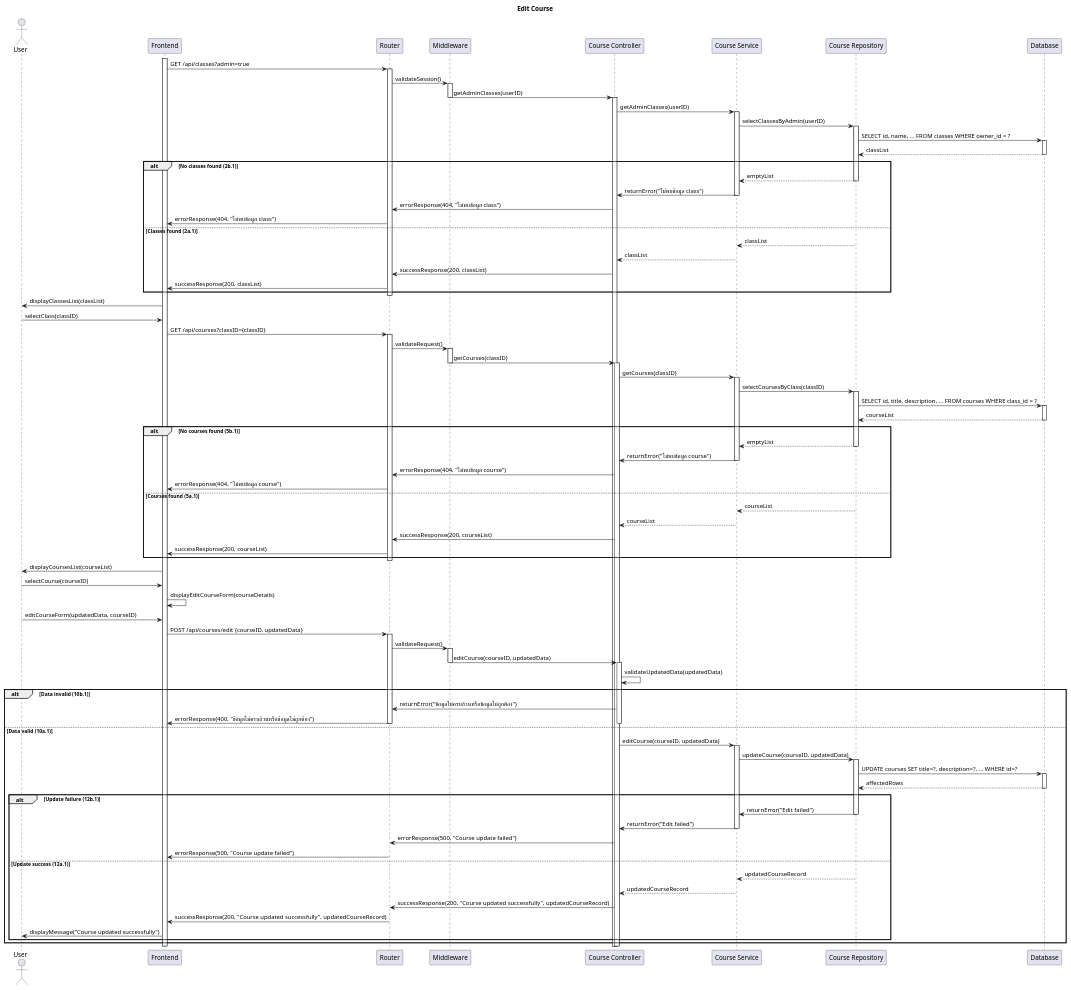
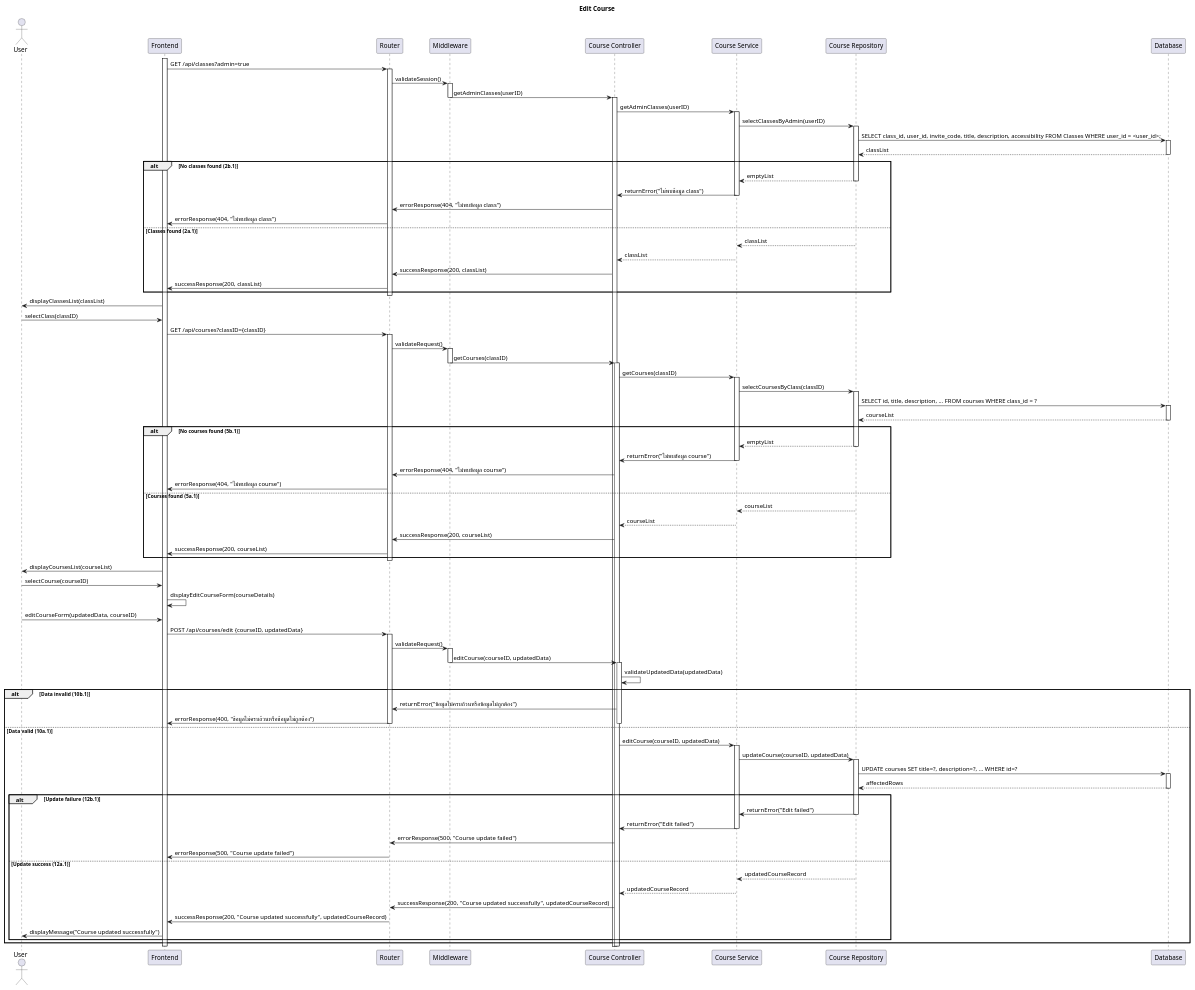
The diagram in SD-Edit-Course.puml (CS371-Project-Management/CS371-Sequence-Diagram), drawn with PlantUML before and after one commit. The commit also changed 10 other files, not shown here.

```diff
--- a/SD-Edit-Course.puml
+++ b/SD-Edit-Course.puml
@@ -1,131 +1,131 @@
 @startuml
 title Edit Course
 
 actor User
 participant "Frontend" as FE
 participant "Router" as Router
 participant "Middleware" as MW
 participant "Course Controller" as Controller
 participant "Course Service" as Service
 participant "Course Repository" as Repository
 participant "Database" as DB
 
 'Phase 1: Retrieve Admin Classes'
 activate FE
 FE -> Router: GET /api/classes?admin=true
 activate Router
 Router -> MW: validateSession()
 activate MW
 MW -> Controller: getAdminClasses(userID)
 deactivate MW
 activate Controller
 Controller -> Service: getAdminClasses(userID)
 activate Service
 Service -> Repository: selectClassesByAdmin(userID)
 activate Repository
-Repository -> DB: SELECT id, name, ... FROM classes WHERE owner_id = ?
+Repository -> DB: SELECT class_id, user_id, invite_code, title, description, accessibility FROM Classes WHERE user_id = <user_id>;
 activate DB
 DB --> Repository: classList
 deactivate DB
 alt No classes found (2b.1)
     Repository --> Service: emptyList
     deactivate Repository
     Service -> Controller: returnError("ไม่พบข้อมูล class")
     deactivate Service
     Controller -> Router: errorResponse(404, "ไม่พบข้อมูล class")
     Router -> FE: errorResponse(404, "ไม่พบข้อมูล class")
 else Classes found (2a.1)
     Repository --> Service: classList
     deactivate Repository
     Service --> Controller: classList
     deactivate Service
     Controller -> Router: successResponse(200, classList)
     Router -> FE: successResponse(200, classList)
 end
 deactivate Router
 FE -> User: displayClassesList(classList)
 
 'Phase 2: Retrieve Courses for Selected Class'
 User -> FE: selectClass(classID)
 FE -> Router: GET /api/courses?classID={classID}
 activate Router
 Router -> MW: validateRequest()
 activate MW
 MW -> Controller: getCourses(classID)
 deactivate MW
 activate Controller
 Controller -> Service: getCourses(classID)
 activate Service
 Service -> Repository: selectCoursesByClass(classID)
 activate Repository
 Repository -> DB: SELECT id, title, description, ... FROM courses WHERE class_id = ?
 activate DB
 DB --> Repository: courseList
 deactivate DB
 alt No courses found (5b.1)
     Repository --> Service: emptyList
     deactivate Repository
     Service -> Controller: returnError("ไม่พบข้อมูล course")
     deactivate Service
     Controller -> Router: errorResponse(404, "ไม่พบข้อมูล course")
     Router -> FE: errorResponse(404, "ไม่พบข้อมูล course")
 else Courses found (5a.1)
     Repository --> Service: courseList
     deactivate Repository
     Service --> Controller: courseList
     deactivate Service
     Controller -> Router: successResponse(200, courseList)
     Router -> FE: successResponse(200, courseList)
 end
 deactivate Router
 FE -> User: displayCoursesList(courseList)
 
 'Phase 3: Edit Course'
 User -> FE: selectCourse(courseID)
 FE -> FE: displayEditCourseForm(courseDetails)
 
 User -> FE: editCourseForm(updatedData, courseID)
 FE -> Router: POST /api/courses/edit {courseID, updatedData}
 activate Router
 Router -> MW: validateRequest()
 activate MW
 MW -> Controller: editCourse(courseID, updatedData)
 deactivate MW
 activate Controller
 Controller -> Controller: validateUpdatedData(updatedData)
 alt Data invalid (10b.1)
     Controller -> Router: returnError("ข้อมูลไม่ครบถ้วนหรือข้อมูลไม่ถูกต้อง")
     Router -> FE: errorResponse(400, "ข้อมูลไม่ครบถ้วนหรือข้อมูลไม่ถูกต้อง")
     deactivate Controller
     deactivate Router
 else Data valid (10a.1)
     Controller -> Service: editCourse(courseID, updatedData)
     activate Service
     Service -> Repository: updateCourse(courseID, updatedData)
     activate Repository
     Repository -> DB: UPDATE courses SET title=?, description=?, ... WHERE id=?
     activate DB
     DB --> Repository: affectedRows
     deactivate DB
     alt Update failure (12b.1)
         Repository -> Service: returnError("Edit failed")
         deactivate Repository
         Service -> Controller: returnError("Edit failed")
         deactivate Service
         Controller -> Router: errorResponse(500, "Course update failed")
         Router -> FE: errorResponse(500, "Course update failed")
     else Update success (12a.1)
         Repository --> Service: updatedCourseRecord
         deactivate Repository
         Service --> Controller: updatedCourseRecord
         deactivate Service
         Controller -> Router: successResponse(200, "Course updated successfully", updatedCourseRecord)
         Router -> FE: successResponse(200, "Course updated successfully", updatedCourseRecord)
         FE -> User: displayMessage("Course updated successfully")
     end
 end
 deactivate Controller
 deactivate Router
 deactivate FE
 
 @enduml
```
